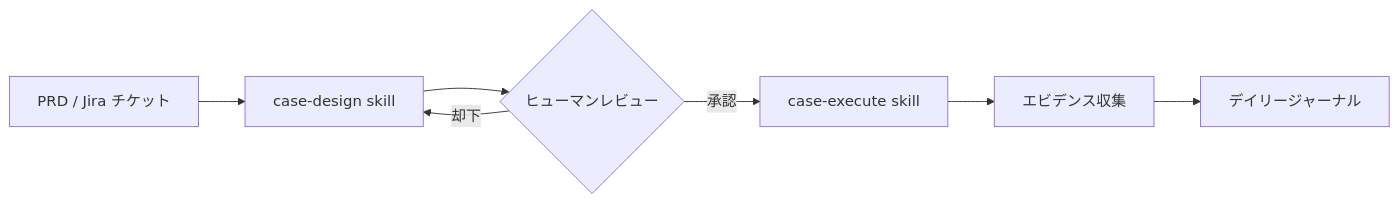
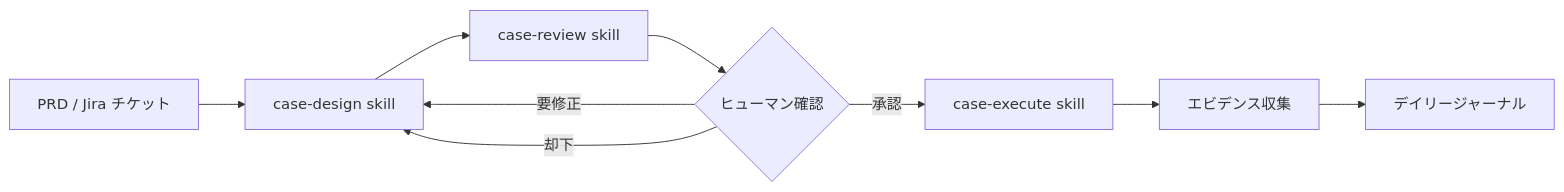
One commit to WilliamMunster/testcase-os changed the first of 3 diagrams in README.ja.md. Above: the diagram before and after it, drawn with Mermaid. The commit also changed other lines of this file and 2 other files, not shown here.

First line of the commit message:
docs: update workflow diagrams and add AI review config section

````diff
--- a/README.ja.md
+++ b/README.ja.md
@@ -23,9 +23,11 @@
 ```mermaid
 graph LR
     PRD[PRD / Jira チケット] --> CD[case-design skill]
-    CD --> REV{ヒューマンレビュー}
+    CD --> CR[case-review skill]
+    CR --> REV{ヒューマン確認}
     REV -- 承認 --> EXE[case-execute skill]
+    REV -- 要修正 --> CD
     REV -- 却下 --> CD
     EXE --> EVI[エビデンス収集]
     EVI --> JOU[デイリージャーナル]
 ```
````
